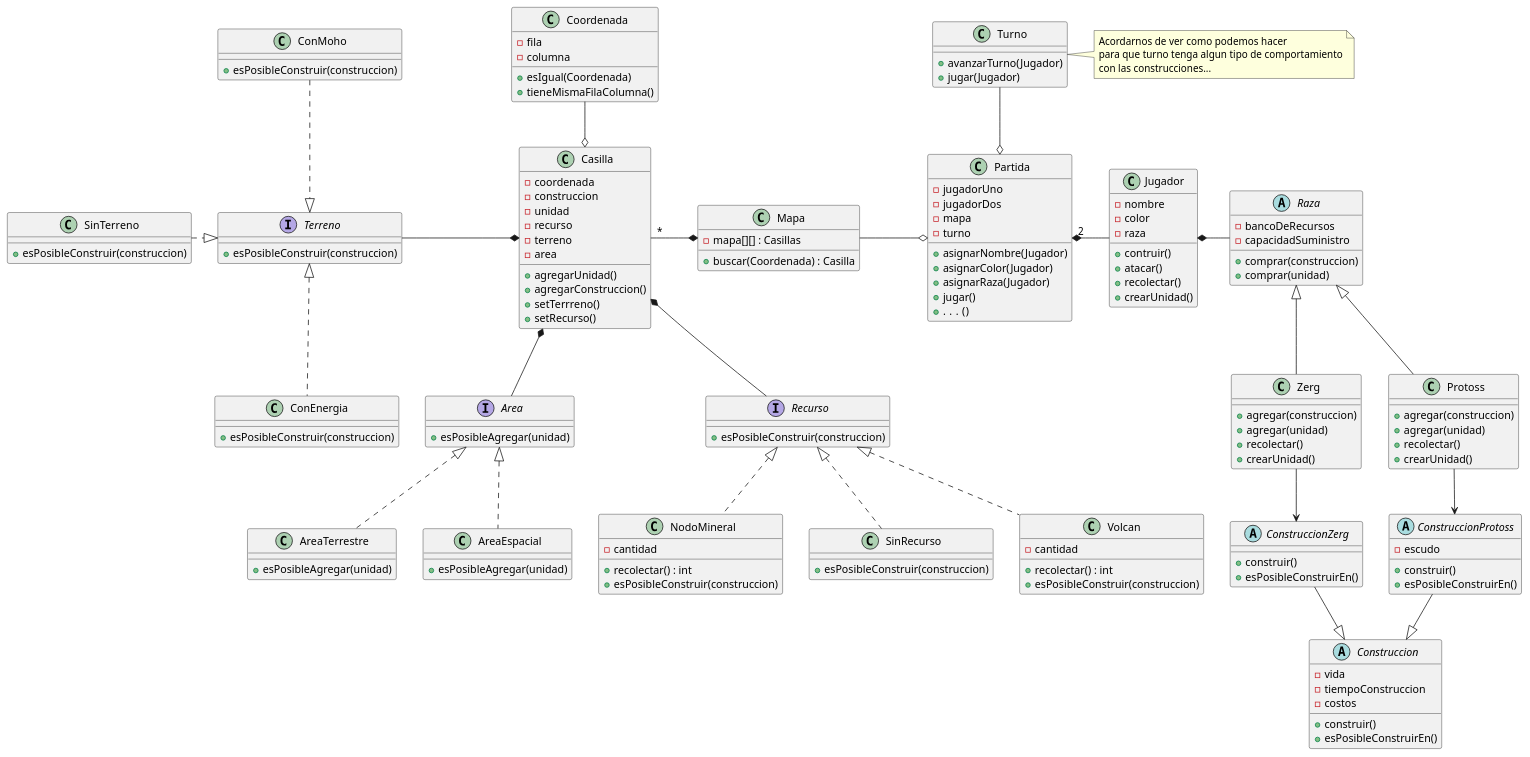
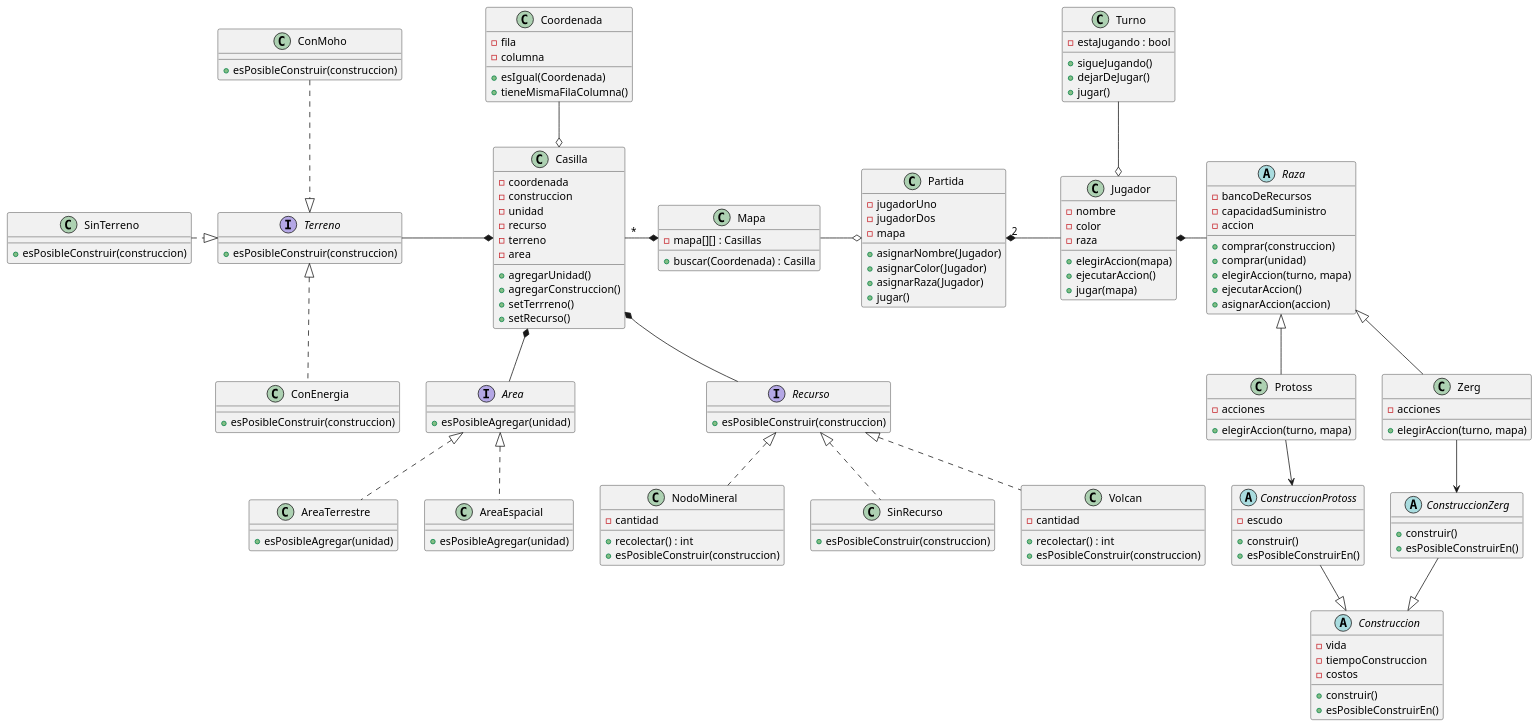
The diagram in diagrams/classes/Modelo3/ModeloGeneralVersion03.puml (GiaWong/Algo3_TP2_2C2022), drawn with PlantUML before and after one commit. The commit also changed 19 other files, not shown here.

```diff
--- a/diagrams/classes/Modelo3/ModeloGeneralVersion03.puml
+++ b/diagrams/classes/Modelo3/ModeloGeneralVersion03.puml
@@ -1,189 +1,181 @@
 @startuml
 'https://plantuml.com/class-diagram
 
 class Partida {
     - jugadorUno
     - jugadorDos
     - mapa
-    - turno
 
     + asignarNombre(Jugador)
     + asignarColor(Jugador)
     + asignarRaza(Jugador)
     + jugar()
-    + . . .  ()
 }
 
 class Jugador {
     - nombre
     - color
     - raza
 
-    + contruir()
-    + atacar()
-    + recolectar()
-    + crearUnidad()
+    + elegirAccion(mapa)
+    + ejecutarAccion()
+    + jugar(mapa)
 }
 
 abstract class Raza {
     - bancoDeRecursos
     - capacidadSuministro
+    - accion
 
     + comprar(construccion)
     + comprar(unidad)
+    + elegirAccion(turno, mapa)
+    + ejecutarAccion()
+    + asignarAccion(accion)
 }
 
 class Zerg {
-    + agregar(construccion)
-    + agregar(unidad)
-    + recolectar()
-    + crearUnidad()
+    - acciones
+    + elegirAccion(turno, mapa)
 }
 
 class Protoss {
-    + agregar(construccion)
-    + agregar(unidad)
-    + recolectar()
-    + crearUnidad()
+    - acciones
+    + elegirAccion(turno, mapa)
 }
 
 abstract class Construccion {
     - vida
     - tiempoConstruccion
     - costos
     + construir()
     + esPosibleConstruirEn()
 }
 
 abstract class ConstruccionZerg {
     + construir()
     + esPosibleConstruirEn()
 }
 
 abstract class ConstruccionProtoss {
     - escudo
     + construir()
     + esPosibleConstruirEn()
 }
 
 class Mapa {
     - mapa[][] : Casillas
 
     + buscar(Coordenada) : Casilla
 }
 
 class Casilla {
     - coordenada
     - construccion
     - unidad
     - recurso
     - terreno
     - area
 
     + agregarUnidad()
     + agregarConstruccion()
     + setTerrreno()
     + setRecurso()
 }
 
 class Coordenada {
     - fila
     - columna
 
     +esIgual(Coordenada)
     +tieneMismaFilaColumna()
 }
 
 class SinRecurso {
     + esPosibleConstruir(construccion)
 }
 
 interface Terreno {
     + esPosibleConstruir(construccion)
 }
 
 class ConMoho {
     + esPosibleConstruir(construccion)
 }
 
 class ConEnergia {
     + esPosibleConstruir(construccion)
 }
 
 class SinTerreno {
     + esPosibleConstruir(construccion)
 }
 
 class Volcan {
     - cantidad
     + recolectar() : int
     + esPosibleConstruir(construccion)
 }
 
 class NodoMineral {
     - cantidad
     + recolectar() : int
     + esPosibleConstruir(construccion)
 }
 
 class Turno {
-
-   +avanzarTurno(Jugador)
-   +jugar(Jugador)
+    - estaJugando : bool
+    +sigueJugando()
+    +dejarDeJugar()
+    +jugar()
 
 }
-note right
-Acordarnos de ver como podemos hacer
-para que turno tenga algun tipo de comportamiento
-con las construcciones...
-end note
 
 interface Recurso {
     + esPosibleConstruir(construccion)
 }
 
 
-
 Partida "2" *- Jugador
 Mapa -o Partida
-Partida o-up- Turno
+Jugador o-up- Turno
 
 Jugador *- Raza
 Raza <|-- Zerg
 Raza <|-- Protoss
 
 Zerg --> ConstruccionZerg
 Protoss --> ConstruccionProtoss
 ConstruccionProtoss --|> Construccion
 ConstruccionZerg --|> Construccion
 
 Casilla "*" -* Mapa
 Terreno -* Casilla
 Coordenada --o Casilla
 Casilla *-- Recurso
 
 Recurso <|.. Volcan
 Recurso <|.. NodoMineral
 Recurso <|.. SinRecurso
 
 ConMoho ..|> Terreno
 Terreno <|.. ConEnergia
 SinTerreno .|> Terreno
 
 interface Area{
  +esPosibleAgregar(unidad)
 }
 class AreaTerrestre{
 +esPosibleAgregar(unidad)
 }
 class AreaEspacial{
 +esPosibleAgregar(unidad)
 }
 
 Casilla *-- Area
 Area <|.. AreaTerrestre
 Area <|.. AreaEspacial
 
 
 
 @enduml
```
